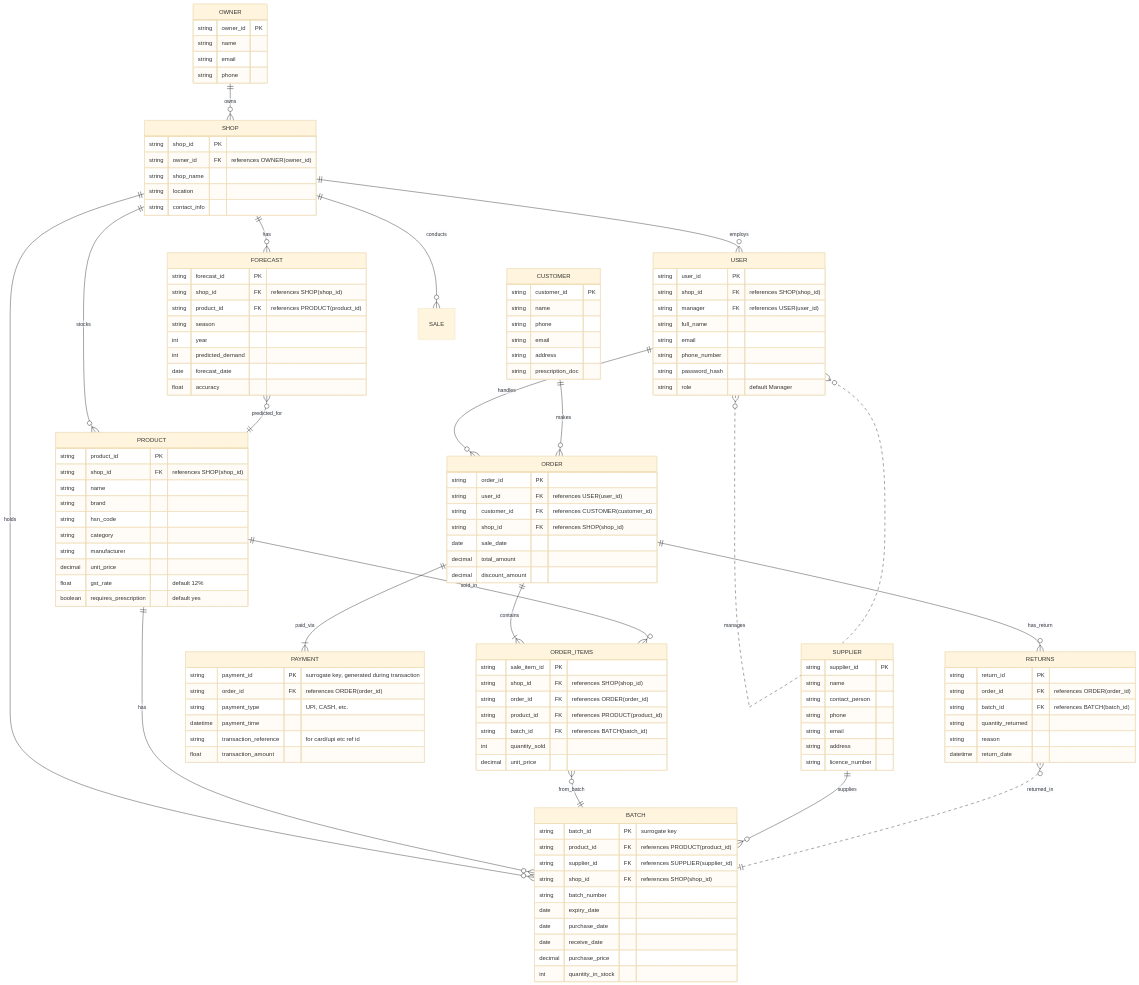
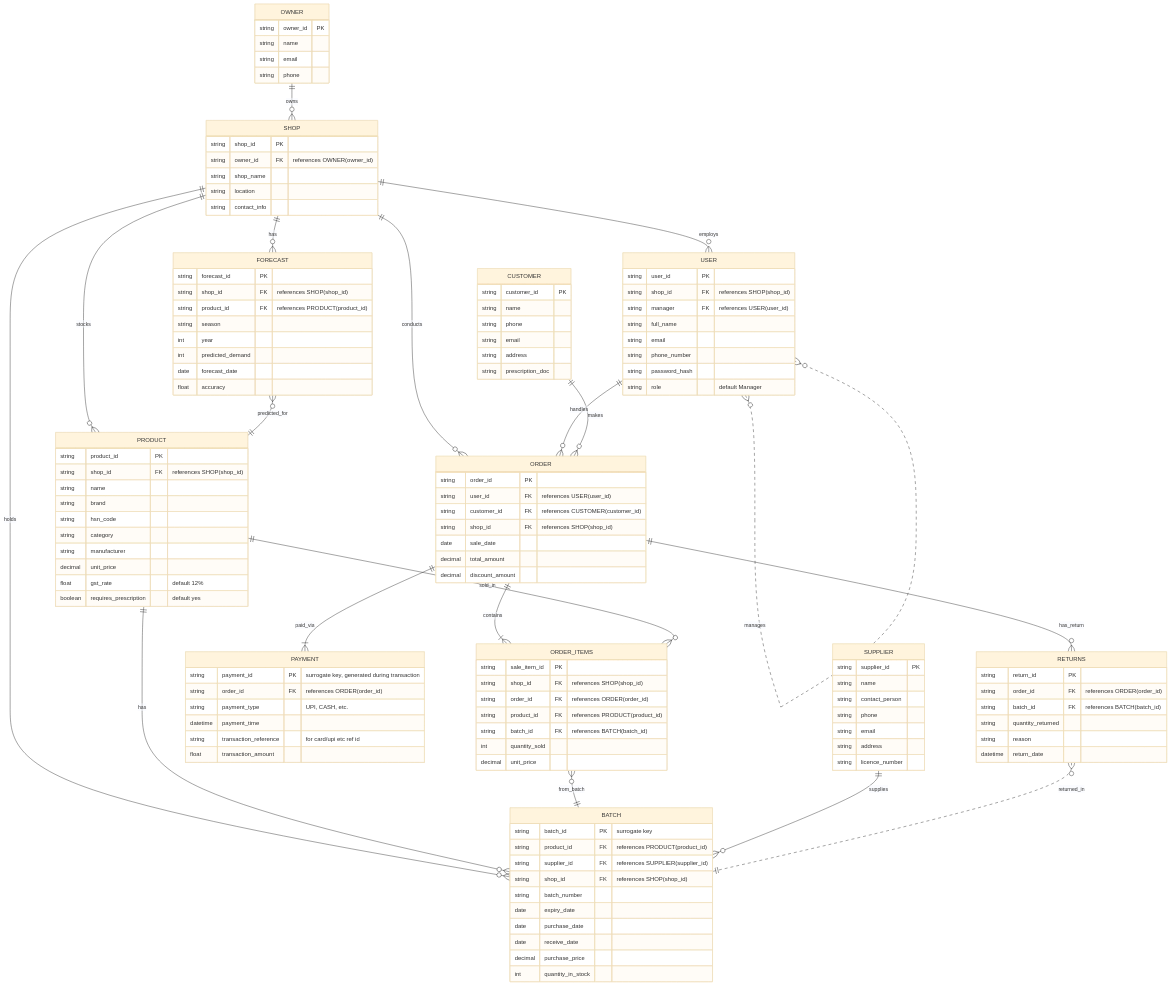
The diagram in ER diagram version 3.md (MET4L-DS/miniPharma), drawn with Mermaid (base theme) before and after one commit.

Commit message:
Update ER diagram version 3.md

```diff
--- a/ER diagram version 3.md
+++ b/ER diagram version 3.md
@@ -125,7 +125,7 @@
     SHOP ||--o{ USER : employs
     SHOP ||--o{ PRODUCT : stocks
     SHOP ||--o{ BATCH : holds
-    SHOP ||--o{ SALE : conducts
+    SHOP ||--o{ ORDER : conducts
     USER }o..o{ USER : manages
     USER ||--o{ ORDER : handles
     CUSTOMER ||--o{ ORDER : makes
```
